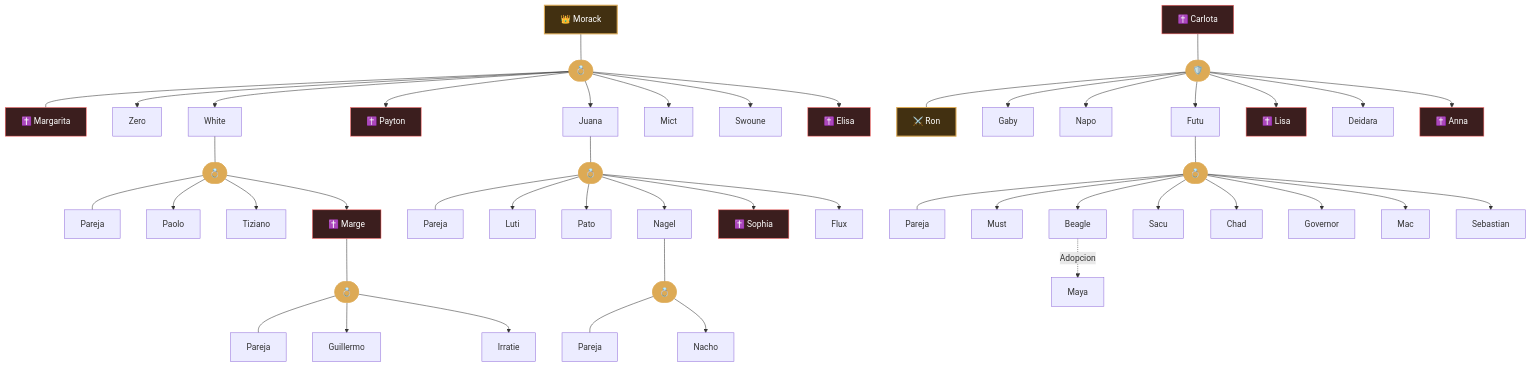
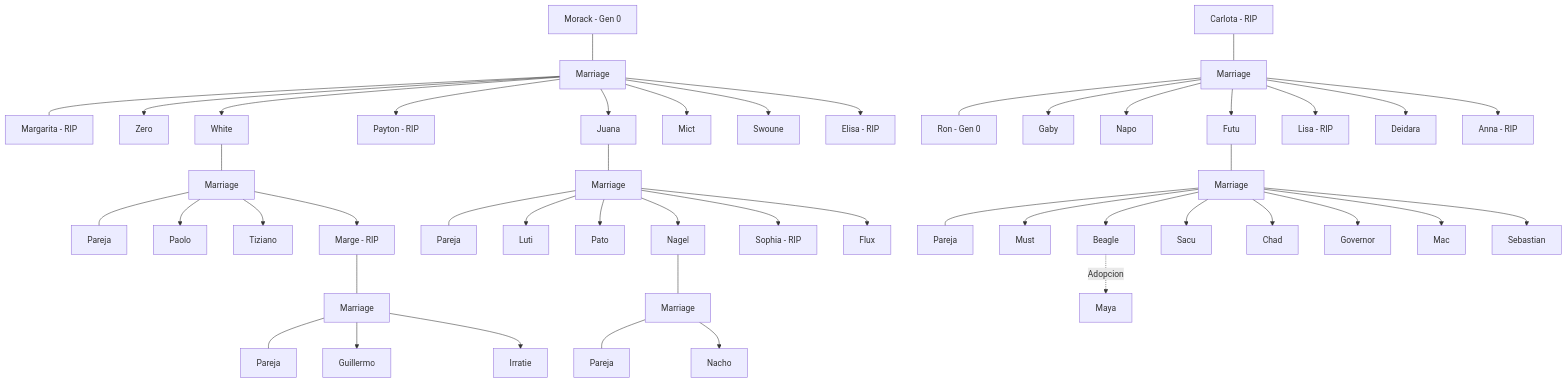
The diagram in content/04_Árbol Genealógico/Árbol Genealógico.md (mortalpues-pixel/helmreich-wiki), drawn with Mermaid before and after one commit.

Commit message:
Pure text-based husband-wife connections to fix Mermaid errors

````diff
--- a/content/04_Árbol Genealógico/Árbol Genealógico.md
+++ b/content/04_Árbol Genealógico/Árbol Genealógico.md
@@ -9,59 +9,53 @@
 ```mermaid
 graph TD
-    classDef dead fill:#3b1e1e,stroke:#f66,stroke-width:1px,color:#fff;
-    classDef gen0 fill:#423011,stroke:#da5,stroke-width:2px,color:#fff;
-    classDef union fill:#da5,stroke:#da5,color:#fff;
+    %% --- RAMA PRIMARIA ---
+    Morack[Morack - Gen 0] --- M_U[Marriage] --- Margarita[Margarita - RIP]
+    
+    M_U --> Zero[Zero]
+    M_U --> White[White]
+    M_U --> Payton[Payton - RIP]
+    M_U --> Juana[Juana]
+    M_U --> Mict[Mict]
+    M_U --> Swoune[Swoune]
+    M_U --> Elisa[Elisa - RIP]
 
-    %% --- RAMA PRIMARIA ---
-    Morack["👑 Morack"]:::gen0 --- M_Union(["💍"]):::union
-    M_Union --- Margarita["✝️ Margarita"]:::dead
-    
-    M_Union --> Zero["Zero"]
-    M_Union --> White["White"]
-    M_Union --> Payton["✝️ Payton"]:::dead
-    M_Union --> Juana["Juana"]
-    M_Union --> Mict["Mict"]
-    M_Union --> Swoune["Swoune"]
-    M_Union --> Elisa["✝️ Elisa"]:::dead
+    White --- W_U[Marriage] --- W_Spouse[Pareja]
+    W_U --> Paolo[Paolo]
+    W_U --> Tiziano[Tiziano]
+    W_U --> Marge[Marge - RIP]
 
-    White --- W_Union(["💍"]):::union --- W_Spouse["Pareja"]
-    W_Union --> Paolo["Paolo"]
-    W_Union --> Tiziano["Tiziano"]
-    W_Union --> Marge["✝️ Marge"]:::dead
+    Marge --- Ma_U[Marriage] --- Ma_Spouse[Pareja]
+    Ma_U --> Guillermo[Guillermo]
+    Ma_U --> Irratie[Irratie]
 
-    Marge --- Ma_Union(["💍"]):::union --- Ma_Spouse["Pareja"]
-    Ma_Union --> Guillermo["Guillermo"]
-    Ma_Union --> Irratie["Irratie"]
+    Juana --- J_U[Marriage] --- J_Spouse[Pareja]
+    J_U --> Luti[Luti]
+    J_U --> Pato[Pato]
+    J_U --> Nagel[Nagel]
+    J_U --> Sophia[Sophia - RIP]
+    J_U --> Flux[Flux]
 
-    Juana --- J_Union(["💍"]):::union --- J_Spouse["Pareja"]
-    J_Union --> Luti["Luti"]
-    J_Union --> Pato["Pato"]
-    J_Union --> Nagel["Nagel"]
-    J_Union --> Sophia["✝️ Sophia"]:::dead
-    J_Union --> Flux["Flux"]
-
-    Nagel --- N_Union(["💍"]):::union --- N_Spouse["Pareja"]
-    N_Union --> Nacho["Nacho"]
+    Nagel --- N_U[Marriage] --- N_Spouse[Pareja]
+    N_U --> Nacho[Nacho]
 
     %% --- RAMA SECUNDARIA ---
-    Carlota["✝️ Carlota"]:::dead --- C_Union(["🛡️"]):::union
-    C_Union --- Ron["⚔️ Ron"]:::gen0
+    Carlota[Carlota - RIP] --- C_U[Marriage] --- Ron[Ron - Gen 0]
 
-    C_Union --> Gaby["Gaby"]
-    C_Union --> Napo["Napo"]
-    C_Union --> Futu["Futu"]
-    C_Union --> Lisa["✝️ Lisa"]:::dead
-    C_Union --> Deidara["Deidara"]
-    C_Union --> Anna["✝️ Anna"]:::dead
+    C_U --> Gaby[Gaby]
+    C_U --> Napo[Napo]
+    C_U --> Futu[Futu]
+    C_U --> Lisa[Lisa - RIP]
+    C_U --> Deidara[Deidara]
+    C_U --> Anna[Anna - RIP]
 
-    Futu --- F_Union(["💍"]):::union --- F_Spouse["Pareja"]
-    F_Union --> Must["Must"]
-    F_Union --> Beagle["Beagle"]
-    F_Union --> Sacu["Sacu"]
-    F_Union --> Chad["Chad"]
-    F_Union --> Governor["Governor"]
-    F_Union --> Mac["Mac"]
-    F_Union --> Sebastian["Sebastian"]
+    Futu --- F_U[Marriage] --- F_Spouse[Pareja]
+    F_U --> Must[Must]
+    F_U --> Beagle[Beagle]
+    F_U --> Sacu[Sacu]
+    F_U --> Chad[Chad]
+    F_U --> Governor[Governor]
+    F_U --> Mac[Mac]
+    F_U --> Sebastian[Sebastian]
 
-    Beagle -. Adopcion .-> Maya["Maya"]
+    Beagle -. Adopcion .-> Maya[Maya]
 ```
````
